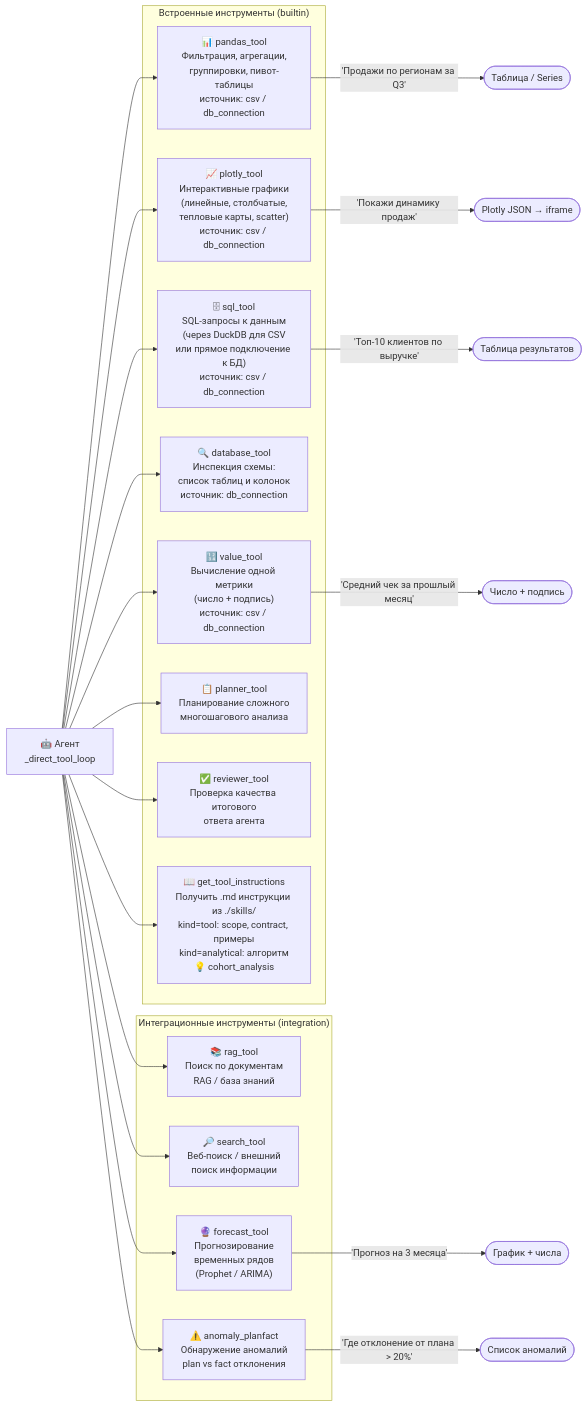
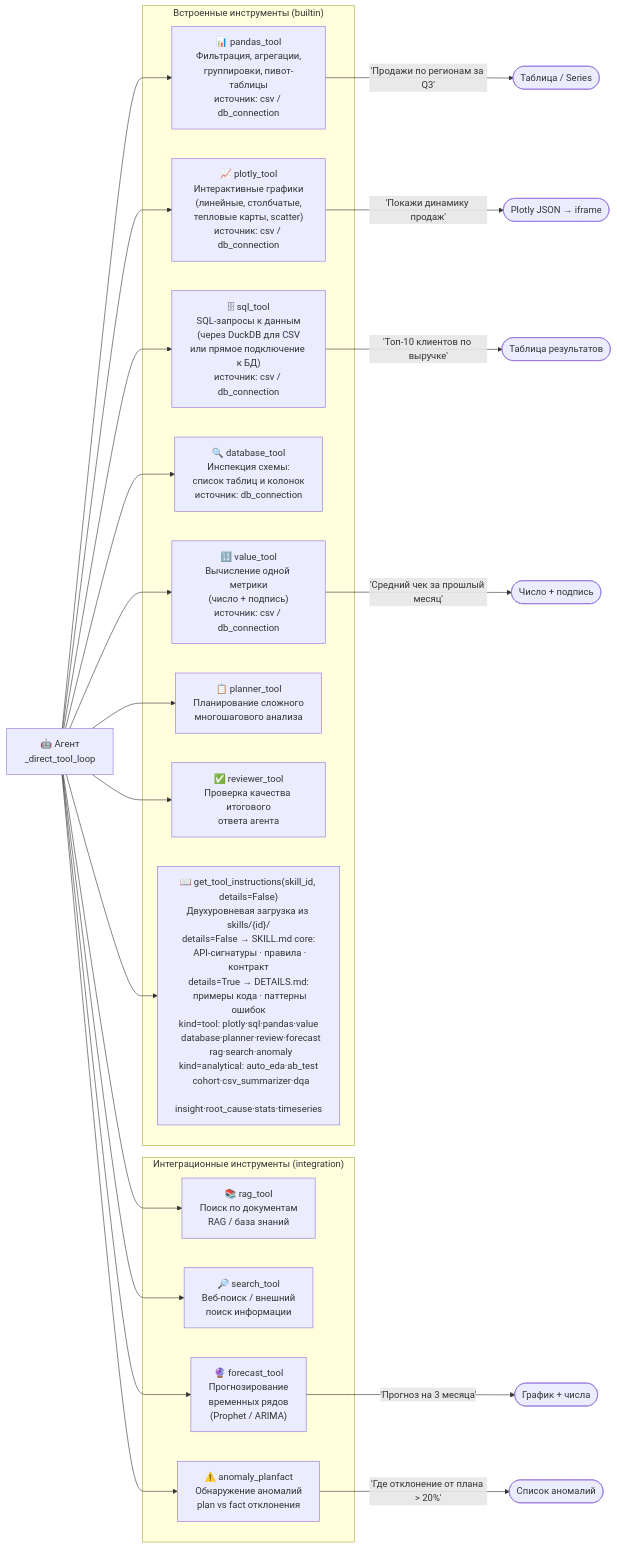
Before and after one commit to dimkablin/llm-data-analyst: the diagram in docs/diagram_04_tools.md, drawn with Mermaid. The commit also changed 451 other files, not shown here.

````diff
--- a/docs/diagram_04_tools.md
+++ b/docs/diagram_04_tools.md
@@ -5,42 +5,42 @@
 ```mermaid
 graph LR
     Agent["🤖 Агент\n_direct_tool_loop"]
 
     subgraph Builtin["Встроенные инструменты (builtin)"]
         Pandas["📊 pandas_tool\nФильтрация, агрегации,\nгруппировки, пивот-таблицы\nисточник: csv / db_connection"]
         Plotly["📈 plotly_tool\nИнтерактивные графики\n(линейные, столбчатые,\nтепловые карты, scatter)\nисточник: csv / db_connection"]
         SQL["🗄 sql_tool\nSQL-запросы к данным\n(через DuckDB для CSV\nили прямое подключение к БД)\nисточник: csv / db_connection"]
         DB["🔍 database_tool\nИнспекция схемы:\nсписок таблиц и колонок\nисточник: db_connection"]
         Value["🔢 value_tool\nВычисление одной метрики\n(число + подпись)\nисточник: csv / db_connection"]
         Planner["📋 planner_tool\nПланирование сложного\nмногошагового анализа"]
         Reviewer["✅ reviewer_tool\nПроверка качества итогового\nответа агента"]
-        GetInstructions["📖 get_tool_instructions\nПолучить .md инструкции из ./skills/\nkind=tool: scope, contract, примеры\nkind=analytical: алгоритм\n💡 cohort_analysis"]
+        GetInstructions["📖 get_tool_instructions(skill_id, details=False)\nДвухуровневая загрузка из skills/{id}/\ndetails=False → SKILL.md core:\n  API-сигнатуры · правила · контракт\ndetails=True → DETAILS.md:\n  примеры кода · паттерны ошибок\nkind=tool: plotly·sql·pandas·value\n  database·planner·review·forecast\n  rag·search·anomaly\nkind=analytical: auto_eda·ab_test\n  cohort·csv_summarizer·dqa\n  insight·root_cause·stats·timeseries"]
     end
 
     subgraph Integrations["Интеграционные инструменты (integration)"]
         RAG["📚 rag_tool\nПоиск по документам\nRAG / база знаний"]
         Search["🔎 search_tool\nВеб-поиск / внешний\nпоиск информации"]
         Forecast["🔮 forecast_tool\nПрогнозирование\nвременных рядов\n(Prophet / ARIMA)"]
         Anomaly["⚠️ anomaly_planfact\nОбнаружение аномалий\nplan vs fact отклонения"]
     end
 
     Agent --> GetInstructions
     Agent --> Pandas
     Agent --> Plotly
     Agent --> SQL
     Agent --> DB
     Agent --> Value
     Agent --> Planner
     Agent --> Reviewer
     Agent --> RAG
     Agent --> Search
     Agent --> Forecast
     Agent --> Anomaly
 
     Pandas -->|"'Продажи по регионам за Q3'"| R1(["Таблица / Series"])
     SQL -->|"'Топ-10 клиентов по выручке'"| R2(["Таблица результатов"])
     Plotly -->|"'Покажи динамику продаж'"| R3(["Plotly JSON → iframe"])
     Value -->|"'Средний чек за прошлый месяц'"| R4(["Число + подпись"])
     Forecast -->|"'Прогноз на 3 месяца'"| R5(["График + числа"])
     Anomaly -->|"'Где отклонение от плана > 20%'"| R6(["Список аномалий"])
 ```
````
